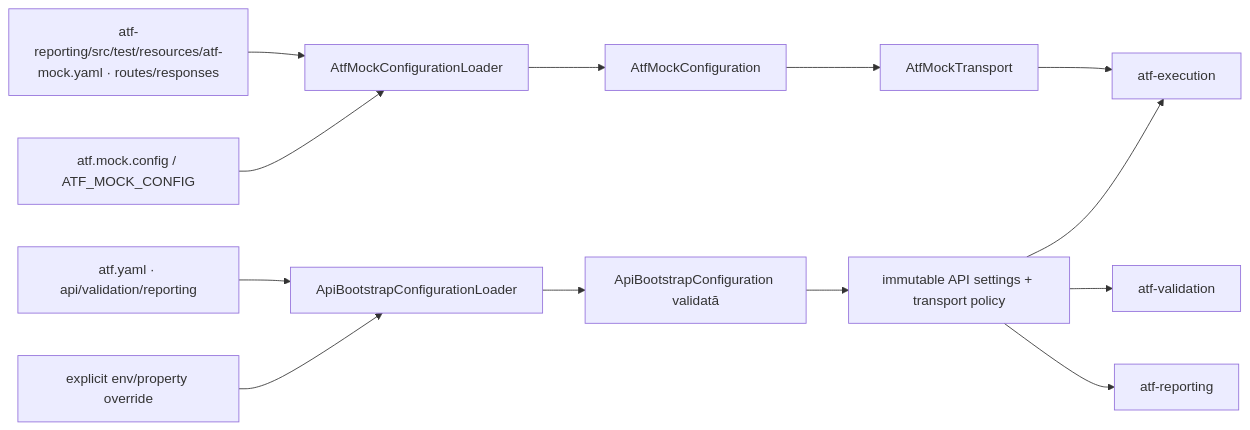
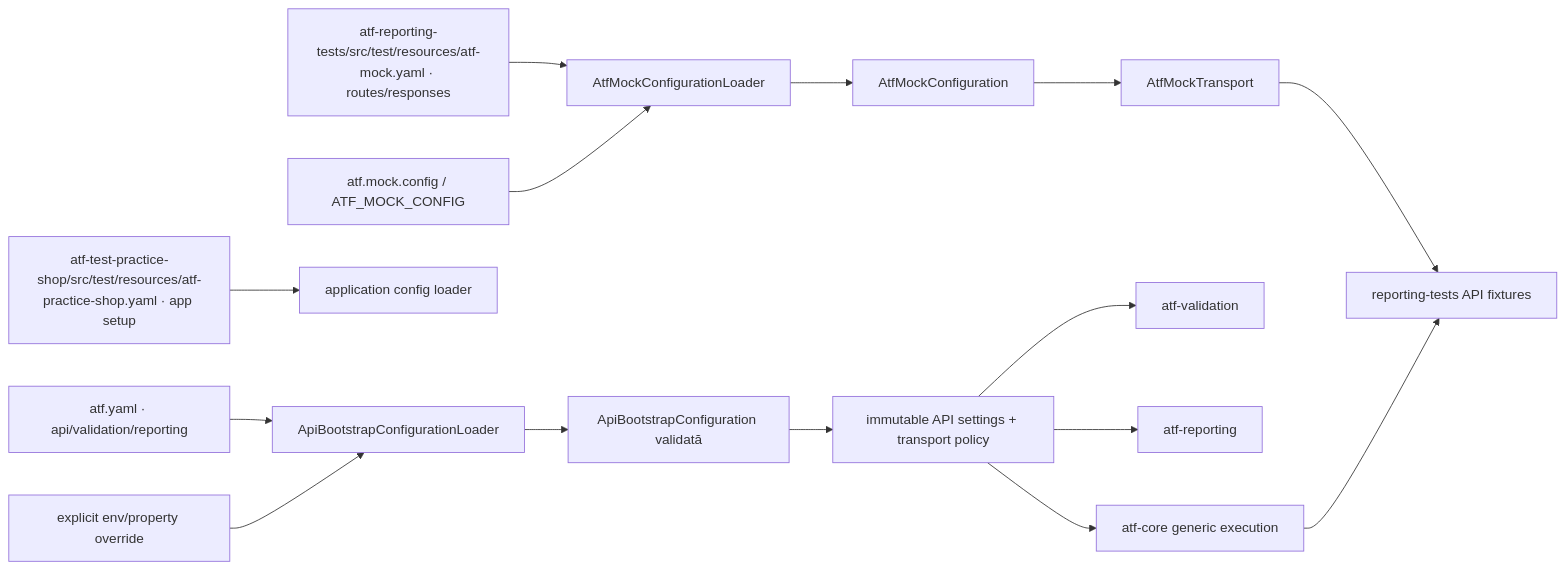
Before and after one commit to crististefanita/demo2: the seventh of 9 diagrams in docs/ATF_Architecture.md, drawn with Mermaid. The commit also changed other lines of this file and 894 other files, not shown here.

````diff
--- a/docs/ATF_Architecture.md
+++ b/docs/ATF_Architecture.md
@@ -401,15 +428,17 @@
-~~~mermaid
+```mermaid
 flowchart LR
     General[atf.yaml · api/validation/reporting] --> Loader[ApiBootstrapConfigurationLoader]
-    MockYaml[atf-reporting/src/test/resources/atf-mock.yaml · routes/responses] --> MockLoader[AtfMockConfigurationLoader]
+    MockYaml[atf-reporting-tests/src/test/resources/atf-mock.yaml · routes/responses] --> MockLoader[AtfMockConfigurationLoader]
+    AppYaml[atf-test-practice-shop/src/test/resources/atf-practice-shop.yaml · app setup] --> AppLoader[application config loader]
     MockOverride[atf.mock.config / ATF_MOCK_CONFIG] --> MockLoader
     Env[explicit env/property override] --> Loader
     Loader --> Config[ApiBootstrapConfiguration validată]
     Config --> Snapshot[immutable API settings + transport policy]
-    Snapshot --> Execution[atf-execution]
+    Snapshot --> Core[atf-core generic execution]
     Snapshot --> Validation[atf-validation]
     Snapshot --> Reporting[atf-reporting]
     MockLoader --> MockSnapshot[AtfMockConfiguration]
     MockSnapshot --> MockTransport[AtfMockTransport]
-    MockTransport --> Execution
-~~~
+    MockTransport --> ReportingFixtures[reporting-tests API fixtures]
+    Core --> ReportingFixtures
+```
````
